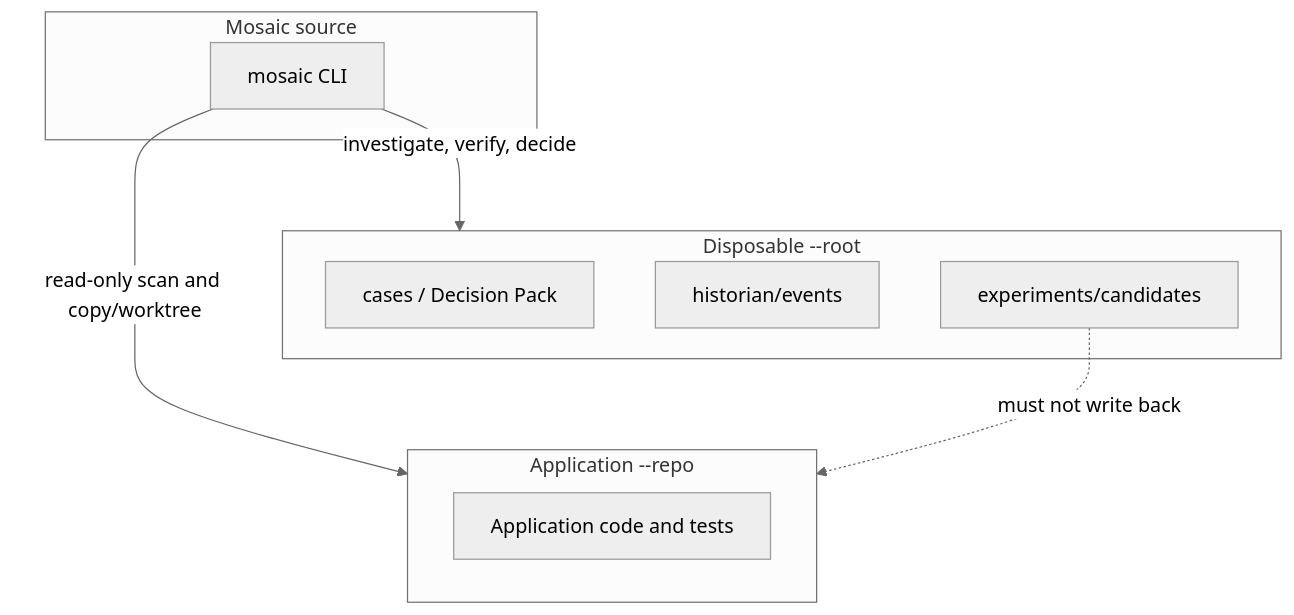
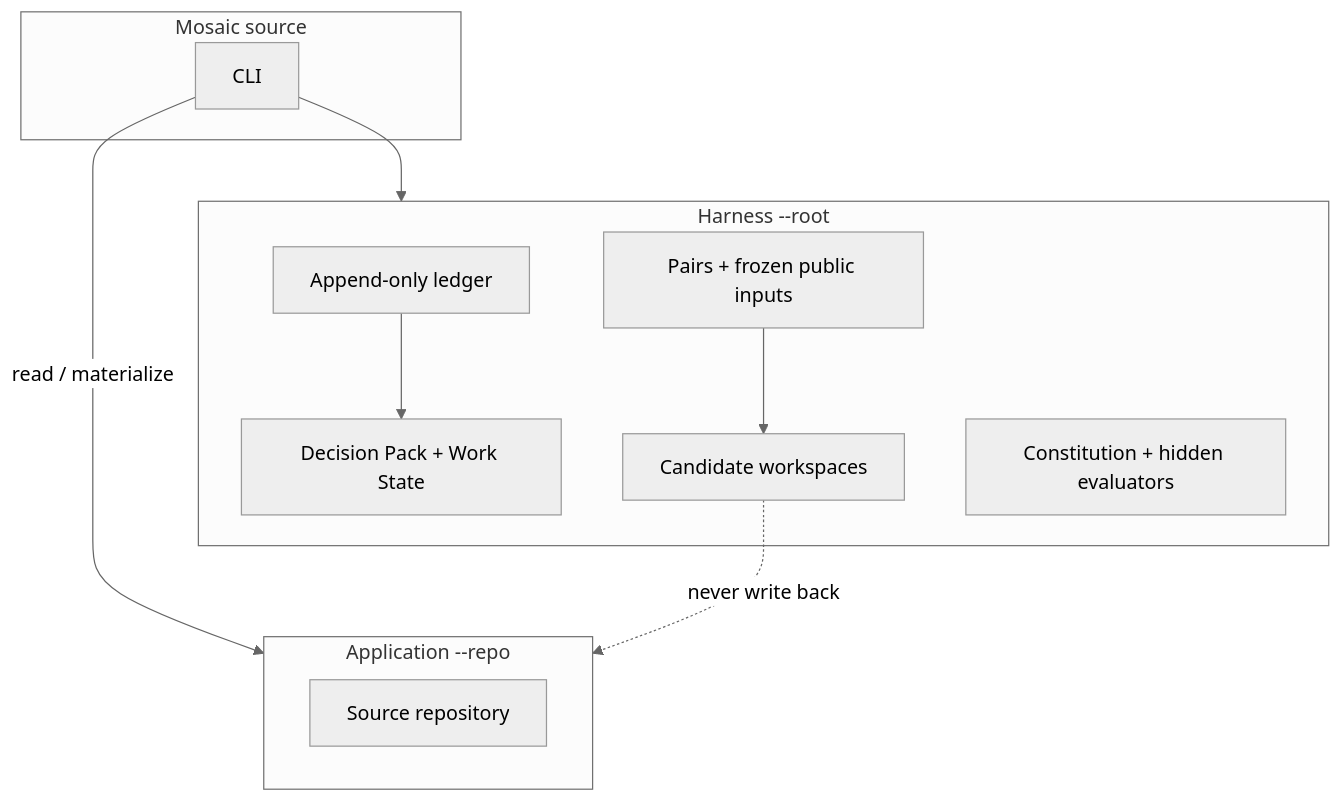
One commit to kuil09/mosaic changed the fourth of 4 diagrams in docs/architecture.md. Above: the diagram before and after it, drawn with Mermaid (neutral theme). The commit also changed other lines of this file and 38 other files, not shown here.

````diff
--- a/docs/architecture.md
+++ b/docs/architecture.md
@@ -27,17 +124,21 @@
 ```mermaid
 flowchart TB
   subgraph tool["Mosaic source"]
-    cli["mosaic CLI"]
+    cli["CLI"]
   end
   subgraph app["Application --repo"]
-    src["Application code and tests"]
+    source["Source repository"]
   end
-  subgraph root["Disposable --root"]
-    cases["cases / Decision Pack"]
-    events["historian/events"]
-    runs["experiments/candidates"]
+  subgraph root["Harness --root"]
+    ledger["Append-only ledger"]
+    projections["Decision Pack + Work State"]
+    pairs["Pairs + frozen public inputs"]
+    candidates["Candidate workspaces"]
+    protected["Constitution + hidden evaluators"]
   end
-  cli -->|"investigate, verify, decide"| root
-  cli -->|"read-only scan and copy/worktree"| app
-  runs -.->|"must not write back"| app
+  cli --> root
+  cli -->|"read / materialize"| app
+  candidates -.->|"never write back"| app
+  ledger --> projections
+  pairs --> candidates
 ```
````
